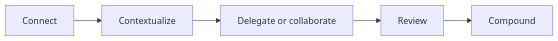
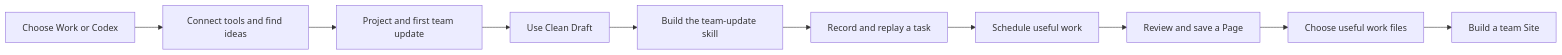
The diagram in curriculum/course-map.md (aninhTT/codex-course), drawn with Mermaid before and after one commit. The commit also changed other lines of this file and 170 other files, not shown here.

Commit message:
Expand everyday-work course for ChatGPT Work and Codex

````diff
--- a/curriculum/course-map.md
+++ b/curriculum/course-map.md
@@ -45,7 +9,12 @@
 ```mermaid
 flowchart LR
-  A[Connect] --> B[Contextualize]
-  B --> C[Delegate or collaborate]
-  C --> D[Review]
-  D --> E[Compound]
+  A[Choose Work or Codex] --> A2[Connect tools and find ideas]
+  A2 --> B[Project and first team update]
+  B --> C[Use Clean Draft]
+  C --> D[Build the team-update skill]
+  D --> E[Record and replay a task]
+  E --> F[Schedule useful work]
+  F --> G[Review and save a Page]
+  G --> H[Choose useful work files]
+  H --> I[Build a team Site]
 ```
````
